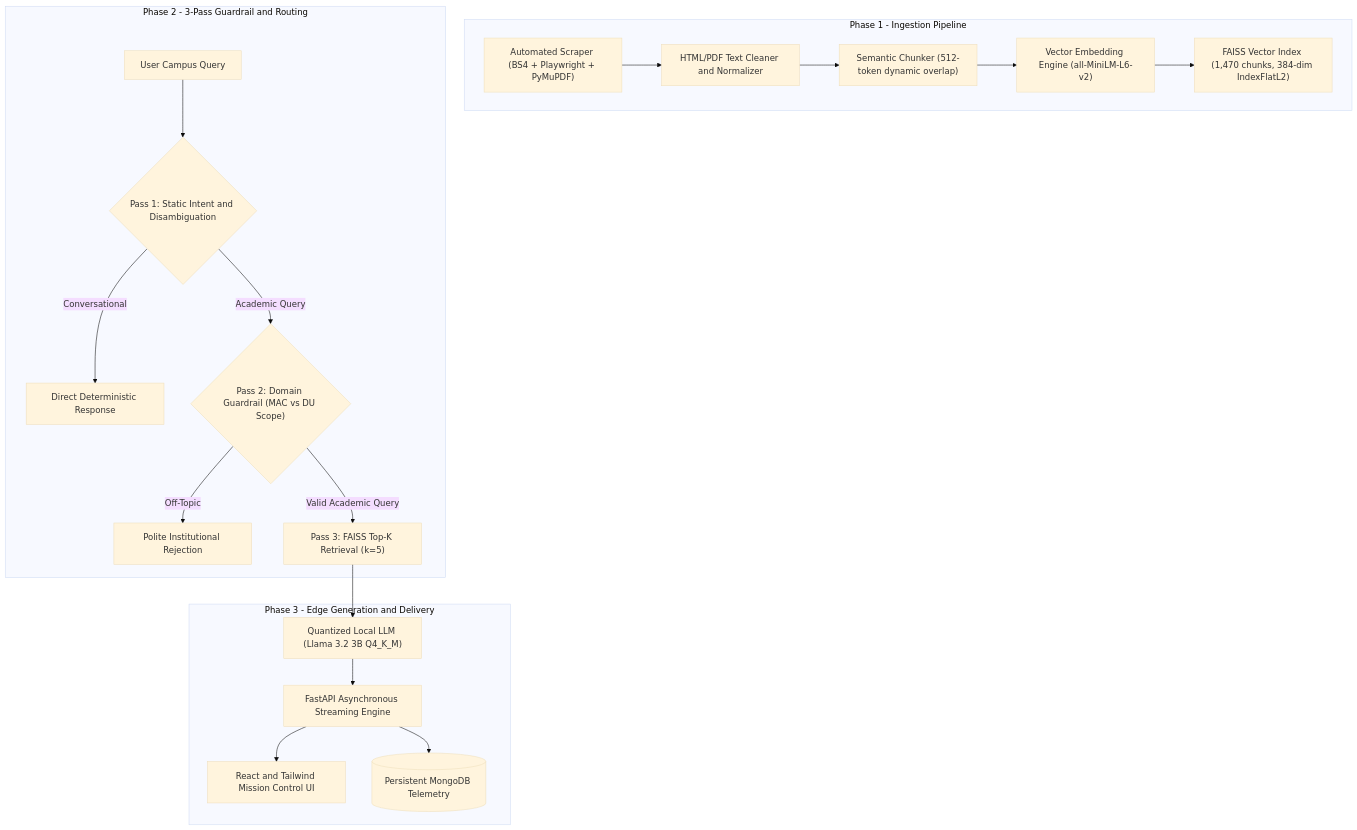
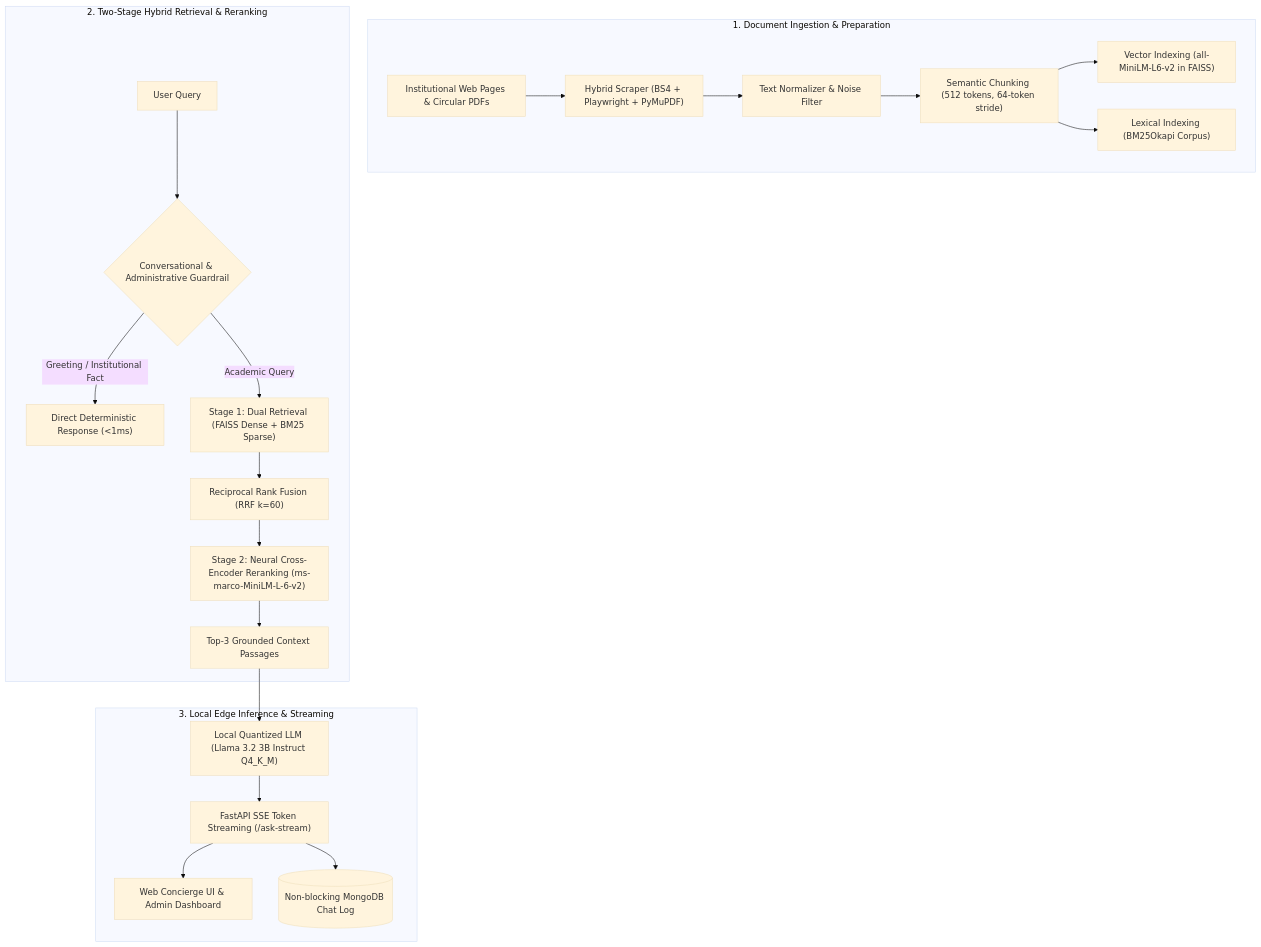
One commit to Kool-kartikey/RAG-BASED-INFORMATION-RETRIEVAL-SYSTEM changed the diagram in README.md. Above: the diagram before and after it, drawn with Mermaid (base theme). The commit also changed other lines of this file and 1 other file, not shown here.

Commit message:
docs: organically rewrite repository documentation, credit full supervisory team, and clarify universal educational scope

````diff
--- a/README.md
+++ b/README.md
@@ -42,24 +32,26 @@
 ```mermaid
 flowchart TD
-    subgraph INGESTION ["Phase 1 - Ingestion Pipeline"]
-        A1["Automated Scraper (BS4 + Playwright + PyMuPDF)"] --> A2["HTML/PDF Text Cleaner and Normalizer"]
-        A2 --> A3["Semantic Chunker (512-token dynamic overlap)"]
-        A3 --> A4["Vector Embedding Engine (all-MiniLM-L6-v2)"]
-        A4 --> A5["FAISS Vector Index (1,470 chunks, 384-dim IndexFlatL2)"]
+    subgraph INGESTION ["1. Document Ingestion & Preparation"]
+        C1["Institutional Web Pages & Circular PDFs"] --> C2["Hybrid Scraper (BS4 + Playwright + PyMuPDF)"]
+        C2 --> C3["Text Normalizer & Noise Filter"]
+        C3 --> C4["Semantic Chunking (512 tokens, 64-token stride)"]
+        C4 --> C5["Vector Indexing (all-MiniLM-L6-v2 in FAISS)"]
+        C4 --> C6["Lexical Indexing (BM25Okapi Corpus)"]
     end
 
-    subgraph QUERY ["Phase 2 - 3-Pass Guardrail and Routing"]
-        Q1["User Campus Query"] --> G1{"Pass 1: Static Intent and Disambiguation"}
-        G1 -- "Conversational" --> R1["Direct Deterministic Response"]
-        G1 -- "Academic Query" --> G2{"Pass 2: Domain Guardrail (MAC vs DU Scope)"}
-        G2 -- "Off-Topic" --> R2["Polite Institutional Rejection"]
-        G2 -- "Valid Academic Query" --> G3["Pass 3: FAISS Top-K Retrieval (k=5)"]
+    subgraph RETRIEVAL ["2. Two-Stage Hybrid Retrieval & Reranking"]
+        Q["User Query"] --> G1{"Conversational & Administrative Guardrail"}
+        G1 -- "Greeting / Institutional Fact" --> R1["Direct Deterministic Response (<1ms)"]
+        G1 -- "Academic Query" --> S1["Stage 1: Dual Retrieval (FAISS Dense + BM25 Sparse)"]
+        S1 --> S2["Reciprocal Rank Fusion (RRF k=60)"]
+        S2 --> S3["Stage 2: Neural Cross-Encoder Reranking (ms-marco-MiniLM-L-6-v2)"]
+        S3 --> CTX["Top-3 Grounded Context Passages"]
     end
 
-    subgraph GENERATION ["Phase 3 - Edge Generation and Delivery"]
-        G3 --> L1["Quantized Local LLM (Llama 3.2 3B Q4_K_M)"]
-        L1 --> F1["FastAPI Asynchronous Streaming Engine"]
-        F1 --> U1["React and Tailwind Mission Control UI"]
-        F1 --> DB1[("Persistent MongoDB Telemetry")]
+    subgraph GENERATION ["3. Local Edge Inference & Streaming"]
+        CTX --> L1["Local Quantized LLM (Llama 3.2 3B Instruct Q4_K_M)"]
+        L1 --> L2["FastAPI SSE Token Streaming (/ask-stream)"]
+        L2 --> UI["Web Concierge UI & Admin Dashboard"]
+        L2 --> DB[("Non-blocking MongoDB Chat Log")]
     end
 ```
````
